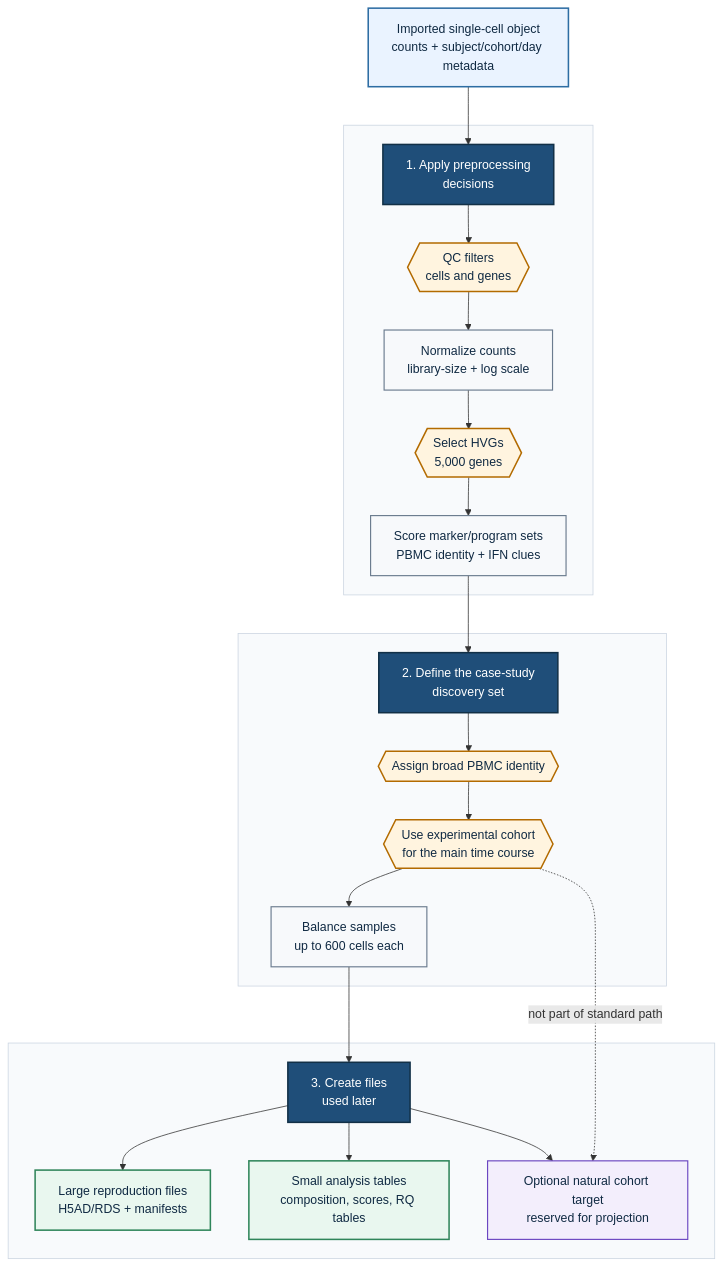
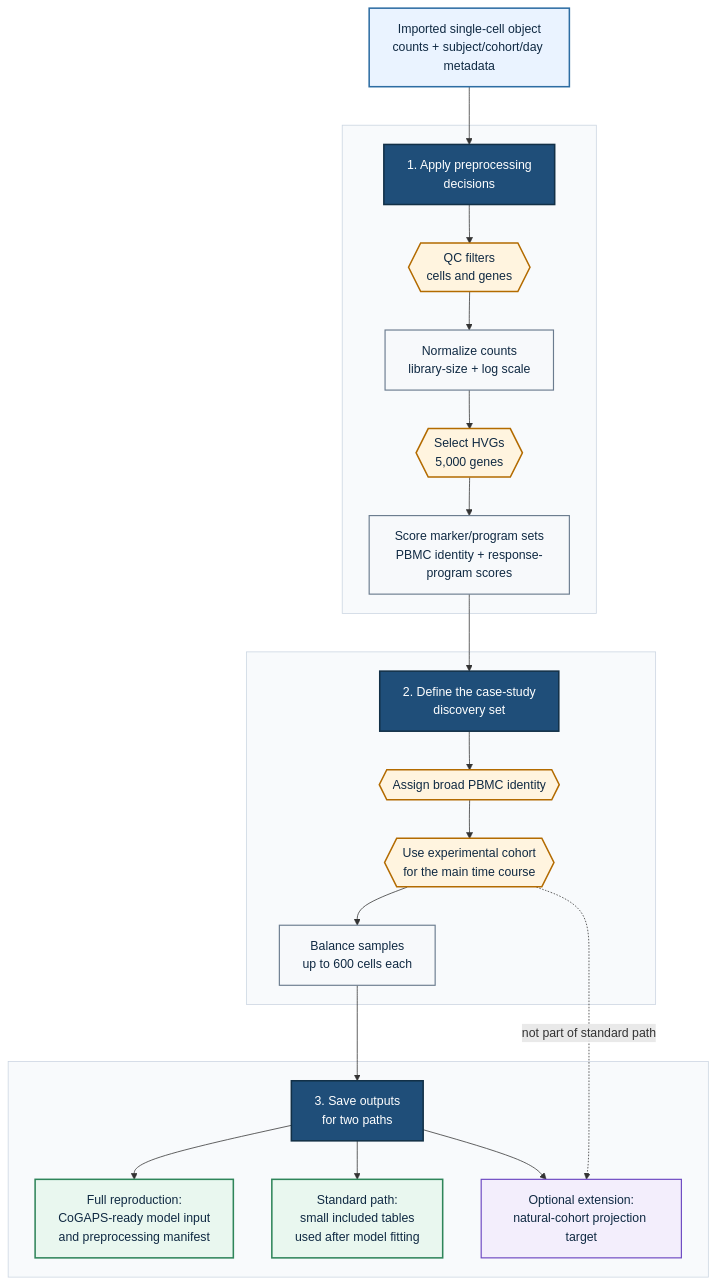
Before and after one commit to opencasestudies/ocs-bio-temporal: the diagram in _data_wrangling.qmd, drawn with Mermaid. The commit also changed other lines of this file and 25 other files, not shown here.

Commit message:
Align CS5 K-selection teaching flow

````diff
--- a/_data_wrangling.qmd
+++ b/_data_wrangling.qmd
@@ -30,43 +159,43 @@
 ```{mermaid}
 flowchart TB
   classDef source fill:#eaf3ff,stroke:#2d6da3,stroke-width:2px,color:#102a43
   classDef process fill:#f7f9fb,stroke:#6b7c8f,stroke-width:1.5px,color:#102a43
   classDef decision fill:#fff4df,stroke:#b36b00,stroke-width:2px,color:#102a43
   classDef output fill:#e9f7ef,stroke:#2f855a,stroke-width:2px,color:#102a43
   classDef note fill:#f3eefc,stroke:#6b46c1,stroke-width:1.5px,color:#102a43
   classDef stage fill:#1f4e79,stroke:#123047,stroke-width:2px,color:#ffffff
 
   A["Imported single-cell object<br/>counts + subject/cohort/day metadata"]:::source
 
   subgraph S1[" "]
     P1["1. Apply preprocessing<br/>decisions"]:::stage
     E{{"QC filters<br/>cells and genes"}}:::decision
     F["Normalize counts<br/>library-size + log scale"]:::process
     G{{"Select HVGs<br/>5,000 genes"}}:::decision
-    H["Score marker/program sets<br/>PBMC identity + IFN clues"]:::process
+    H["Score marker/program sets<br/>PBMC identity + response-program scores"]:::process
   end
 
   subgraph S2[" "]
     P2["2. Define the case-study<br/>discovery set"]:::stage
     I{{"Assign broad PBMC identity"}}:::decision
     J{{"Use experimental cohort<br/>for the main time course"}}:::decision
     K["Balance samples<br/>up to 600 cells each"]:::process
   end
 
   subgraph S3[" "]
-    P3["3. Create files<br/>used later"]:::stage
-    L["Large reproduction files<br/>H5AD/RDS + manifests"]:::output
-    M["Small analysis tables<br/>composition, scores, RQ tables"]:::output
-    N["Optional natural cohort target<br/>reserved for projection"]:::note
+    P3["3. Save outputs<br/>for two paths"]:::stage
+    L["Full reproduction:<br/>CoGAPS-ready model input<br/>and preprocessing manifest"]:::output
+    M["Standard path:<br/>small included tables<br/>used after model fitting"]:::output
+    N["Optional extension:<br/>natural-cohort projection target"]:::note
   end
 
   A --> P1 --> E --> F --> G --> H --> P2 --> I --> J --> K --> P3
   P3 --> M
   P3 --> L
   P3 --> N
   J -. "not part of standard path" .-> N
 
   style S1 fill:#f8fafc,stroke:#cbd5e1,stroke-width:1px,color:#102a43
   style S2 fill:#f8fafc,stroke:#cbd5e1,stroke-width:1px,color:#102a43
   style S3 fill:#f8fafc,stroke:#cbd5e1,stroke-width:1px,color:#102a43
 ```
````
